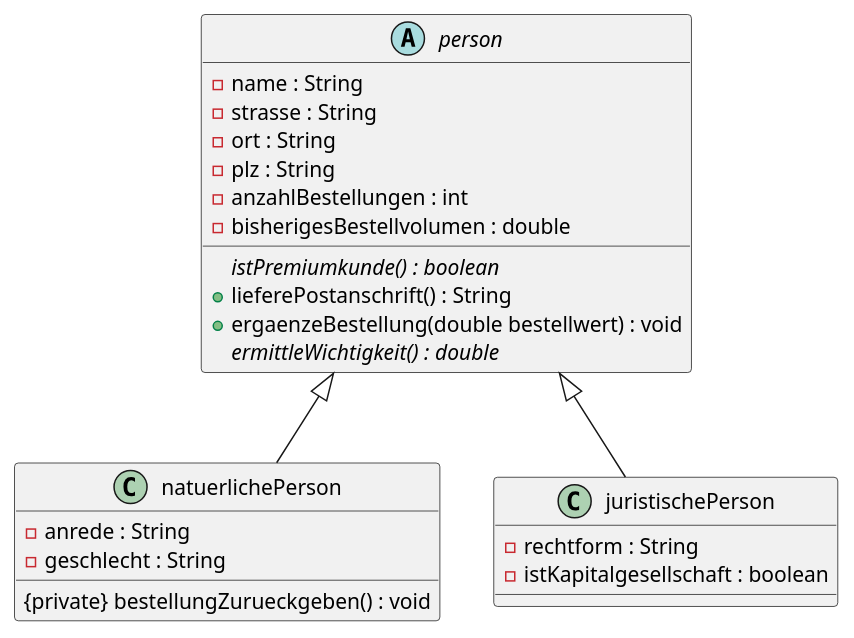
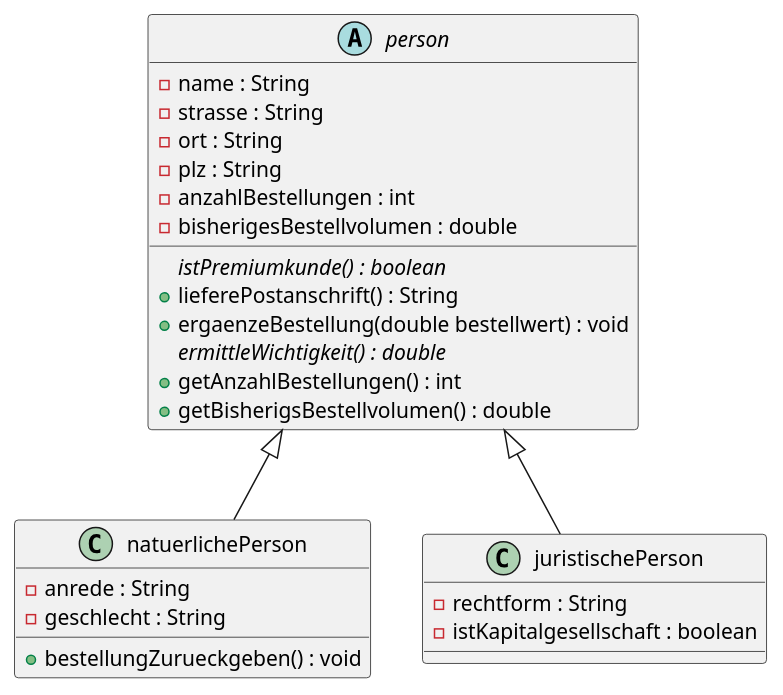
The diagram in src/class_diagramm.puml (gvogelge/kundenverwaltung), drawn with PlantUML before and after one commit. The commit also changed 3 other files, not shown here.

```diff
--- a/src/class_diagramm.puml
+++ b/src/class_diagramm.puml
@@ -1,27 +1,29 @@
 @startuml kundenverwaltungssystem
 
 abstract class person{
     - name : String
     - strasse : String
     - ort : String
     - plz : String
     - anzahlBestellungen : int
     - bisherigesBestellvolumen : double
     {abstract} istPremiumkunde() : boolean
     + lieferePostanschrift() : String
     + ergaenzeBestellung(double bestellwert) : void
     {abstract} ermittleWichtigkeit() : double
+    + getAnzahlBestellungen() : int
+    + getBisherigsBestellvolumen() : double
 }
 
 class natuerlichePerson extends person{
     - anrede : String
     - geschlecht : String
-    {private} bestellungZurueckgeben() : void
+    + bestellungZurueckgeben() : void
 }
 
 class juristischePerson extends person{
     - rechtform : String
     - istKapitalgesellschaft : boolean
 }
 
 @enduml
```
